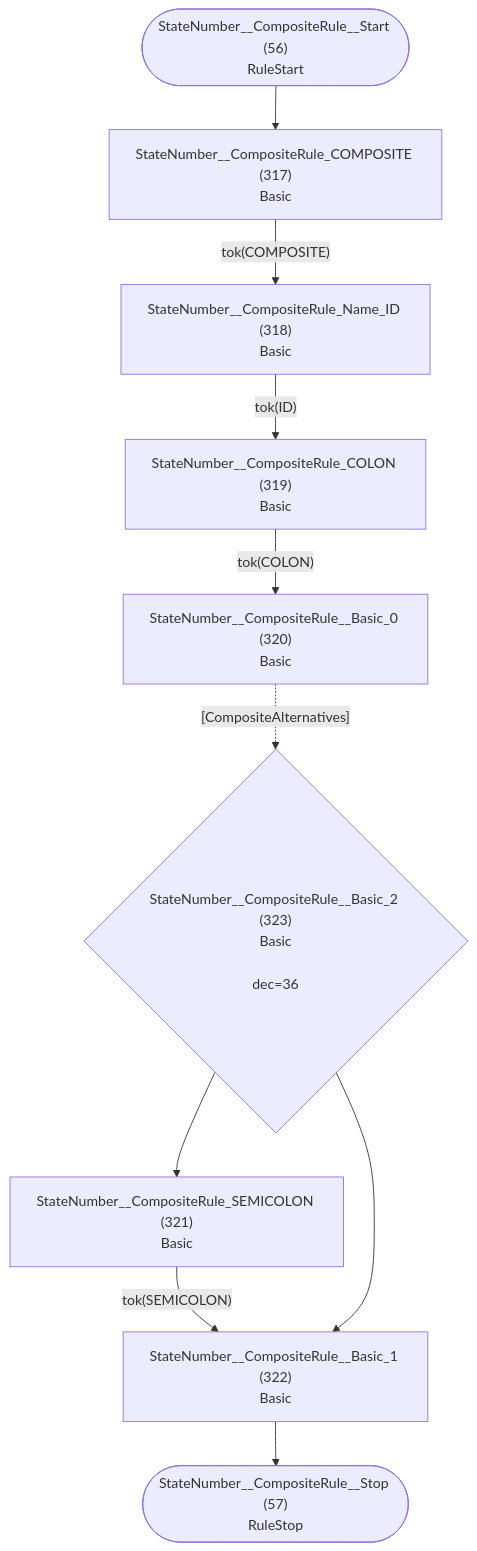
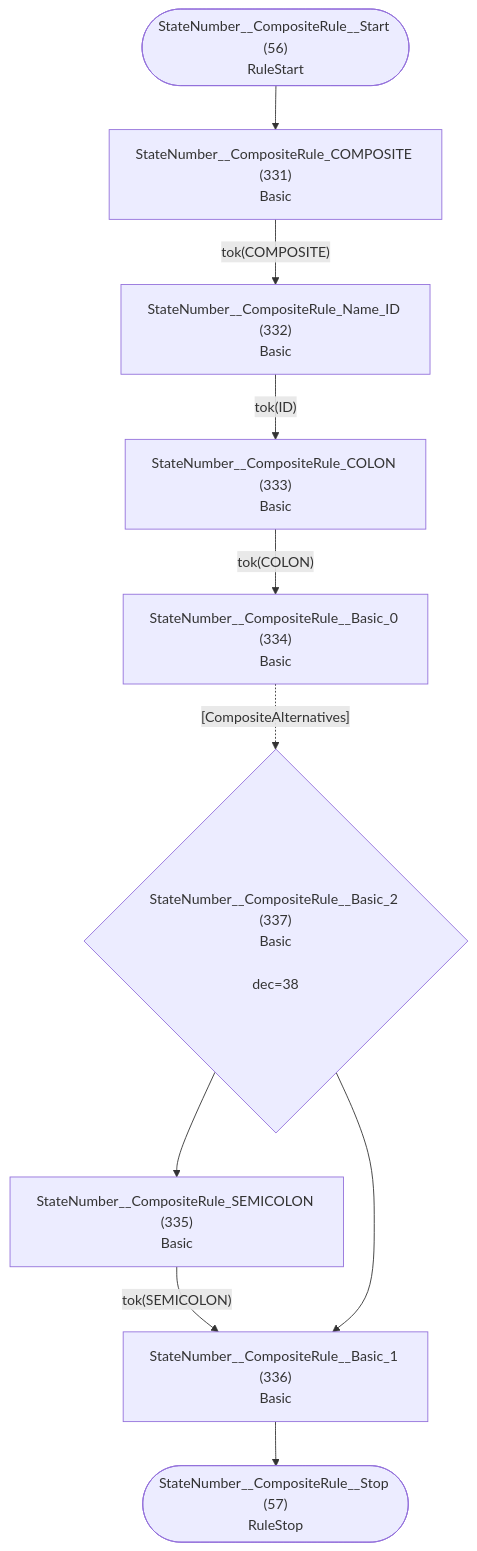
Before and after one commit to TypeFox/fastbelt: diagram 29 of 32 in internal/grammar/atn.md, drawn with Mermaid. The commit also changed other lines of this file and 21 other files, not shown here.

````diff
--- a/internal/grammar/atn.md
+++ b/internal/grammar/atn.md
@@ -841,22 +873,22 @@
 ```mermaid
 flowchart TD
     q56(["StateNumber__CompositeRule__Start (56)<br/>RuleStart"])
     q57(["StateNumber__CompositeRule__Stop (57)<br/>RuleStop"])
-    q317["StateNumber__CompositeRule_COMPOSITE (317)<br/>Basic<br/>"]
-    q318["StateNumber__CompositeRule_Name_ID (318)<br/>Basic<br/>"]
-    q319["StateNumber__CompositeRule_COLON (319)<br/>Basic<br/>"]
-    q320["StateNumber__CompositeRule__Basic_0 (320)<br/>Basic<br/>"]
-    q321["StateNumber__CompositeRule_SEMICOLON (321)<br/>Basic<br/>"]
-    q322["StateNumber__CompositeRule__Basic_1 (322)<br/>Basic<br/>"]
-    q323{"StateNumber__CompositeRule__Basic_2 (323)<br/>Basic<br/><br/>dec=36"}
+    q331["StateNumber__CompositeRule_COMPOSITE (331)<br/>Basic<br/>"]
+    q332["StateNumber__CompositeRule_Name_ID (332)<br/>Basic<br/>"]
+    q333["StateNumber__CompositeRule_COLON (333)<br/>Basic<br/>"]
+    q334["StateNumber__CompositeRule__Basic_0 (334)<br/>Basic<br/>"]
+    q335["StateNumber__CompositeRule_SEMICOLON (335)<br/>Basic<br/>"]
+    q336["StateNumber__CompositeRule__Basic_1 (336)<br/>Basic<br/>"]
+    q337{"StateNumber__CompositeRule__Basic_2 (337)<br/>Basic<br/><br/>dec=38"}
 
-    q56 --> q317
-    q317 -->|"tok(COMPOSITE)"| q318
-    q318 -->|"tok(ID)"| q319
-    q319 -->|"tok(COLON)"| q320
-    q320 -.->|"[CompositeAlternatives]"| q323
-    q321 -->|"tok(SEMICOLON)"| q322
-    q322 --> q57
-    q323 --> q321
-    q323 --> q322
+    q56 --> q331
+    q331 -->|"tok(COMPOSITE)"| q332
+    q332 -->|"tok(ID)"| q333
+    q333 -->|"tok(COLON)"| q334
+    q334 -.->|"[CompositeAlternatives]"| q337
+    q335 -->|"tok(SEMICOLON)"| q336
+    q336 --> q57
+    q337 --> q335
+    q337 --> q336
 ```
````
